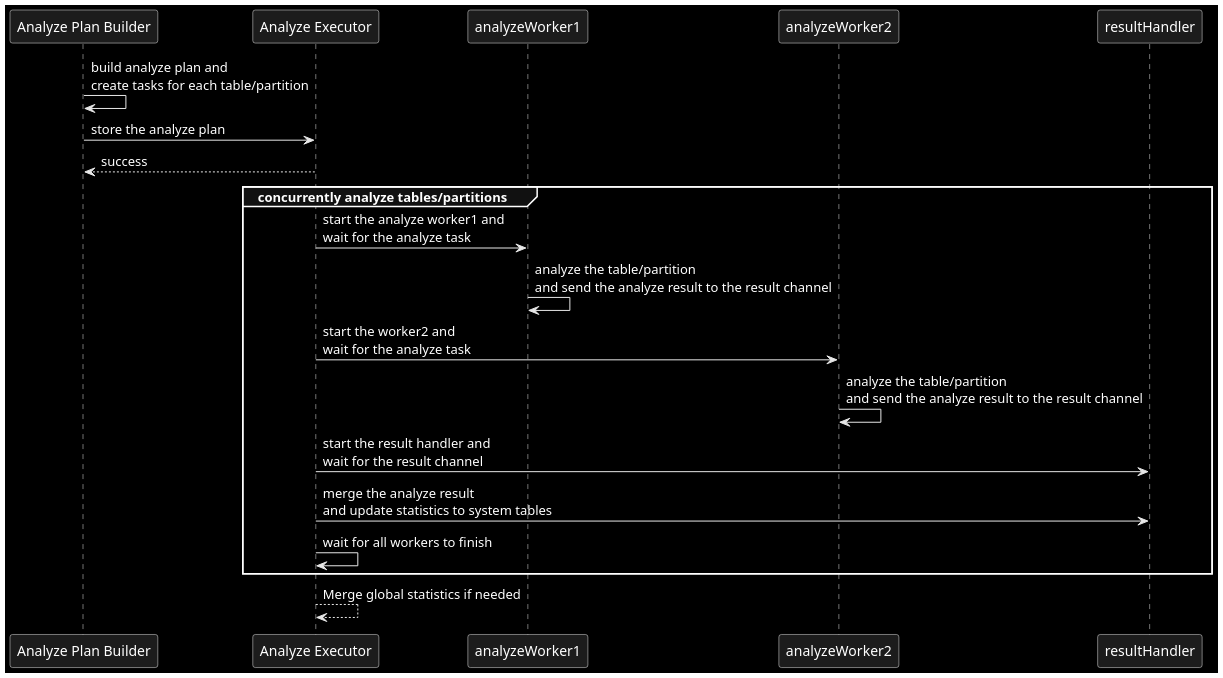
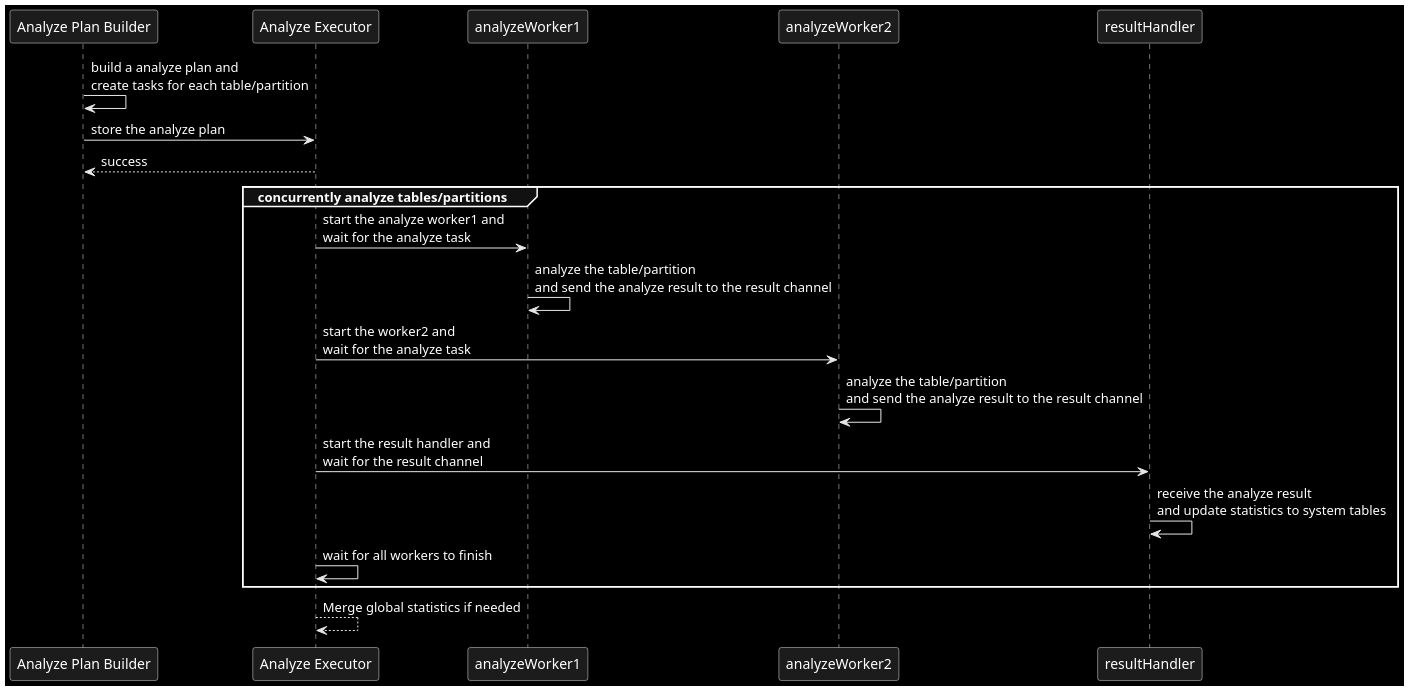
One commit to Rustin170506/tidb-analyze.slide changed the third of 6 diagrams in slides.md. Above: the diagram before and after it, drawn with PlantUML.

Commit message:
analyze: fix typos

````diff
--- a/slides.md
+++ b/slides.md
@@ -536,21 +536,21 @@
-```plantuml{ scale: 0.9 }
+```plantuml
 @startuml
 
 skinparam monochrome reverse
 
-"Analyze Plan Builder" as APB -> APB: build analyze plan and \ncreate tasks for each table/partition
+"Analyze Plan Builder" as APB -> APB: build a analyze plan and \ncreate tasks for each table/partition
 APB -> "Analyze Executor" as AE: store the analyze plan
 AE --> APB: success
 
 group concurrently analyze tables/partitions
 AE -> analyzeWorker1: start the analyze worker1 and \nwait for the analyze task
 analyzeWorker1 -> analyzeWorker1: analyze the table/partition \nand send the analyze result to the result channel
 AE -> analyzeWorker2: start the worker2 and \nwait for the analyze task
 analyzeWorker2 -> analyzeWorker2: analyze the table/partition \nand send the analyze result to the result channel
 AE -> resultHandler: start the result handler and \nwait for the result channel
-AE -> resultHandler: merge the analyze result \nand update statistics to system tables
+resultHandler -> resultHandler: receive the analyze result \nand update statistics to system tables
 AE -> AE: wait for all workers to finish
 end
 AE --> AE: Merge global statistics if needed
 @enduml
 ```
````
